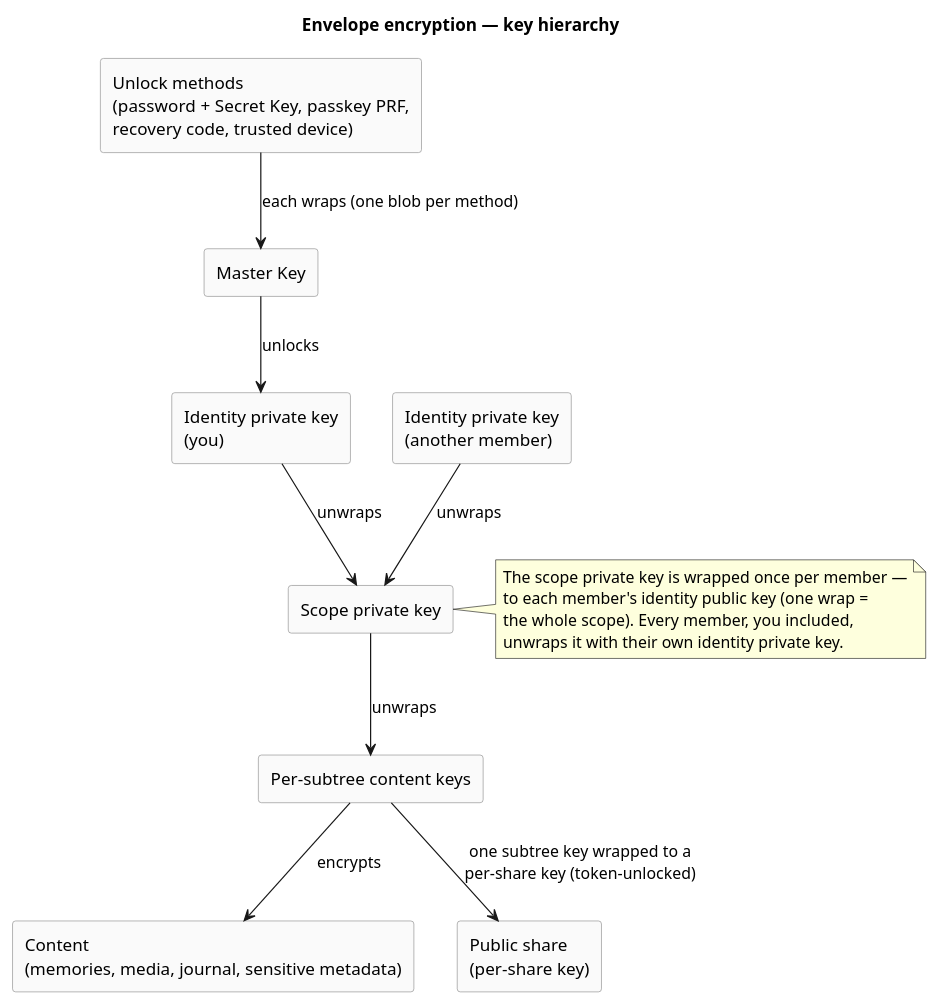
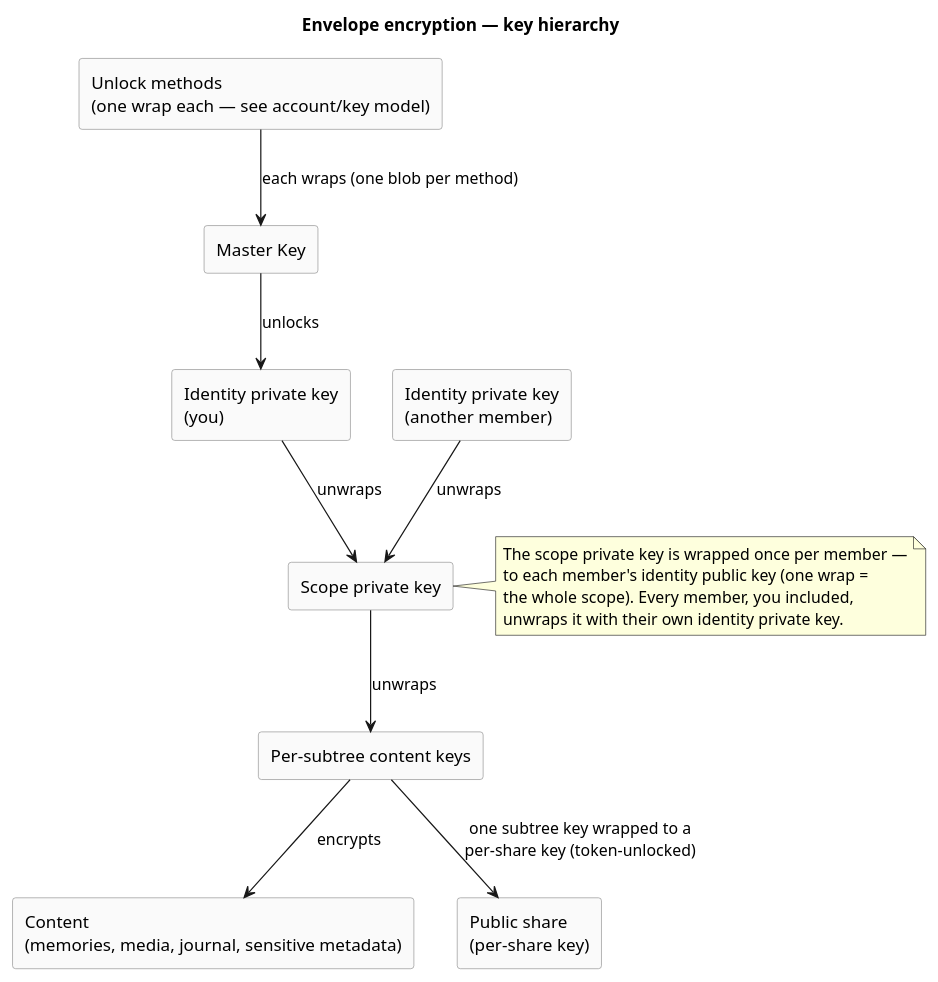
The diagram in docs/crosscutting/security-model.md (raddatzk/veyq-no-e2ee), drawn with PlantUML before and after one commit. The commit also changed other lines of this file and 42 other files, not shown here.

First line of the commit message:
docs: taxonomy rules + misplaced-content cleanup (ADR 0017, architecture overview)

````diff
--- a/docs/crosscutting/security-model.md
+++ b/docs/crosscutting/security-model.md
@@ -64,34 +90,34 @@
 ```plantuml
 @startuml
 title Envelope encryption — key hierarchy
 skinparam shadowing false
 skinparam rectangle {
   BackgroundColor #FAFAFA
   BorderColor #888888
 }
 
-rectangle "Unlock methods\n(password + Secret Key, passkey PRF,\nrecovery code, trusted device)" as unlock
+rectangle "Unlock methods\n(one wrap each — see account/key model)" as unlock
 rectangle "Master Key" as muk
 rectangle "Identity private key\n(you)" as idk
 rectangle "Identity private key\n(another member)" as idk2
 rectangle "Scope private key" as spk
 rectangle "Per-subtree content keys" as ck
 rectangle "Content\n(memories, media, journal, sensitive metadata)" as content
 rectangle "Public share\n(per-share key)" as share
 
 unlock --> muk : each wraps (one blob per method)
 muk  --> idk : unlocks
 idk  --> spk : unwraps
 idk2 --> spk : unwraps
 spk  --> ck : unwraps
 ck   --> content : encrypts
 ck   --> share : one subtree key wrapped to a\nper-share key (token-unlocked)
 
 note right of spk
   The scope private key is wrapped once per member —
   to each member's identity public key (one wrap =
   the whole scope). Every member, you included,
   unwraps it with their own identity private key.
 end note
 @enduml
 ```
````
